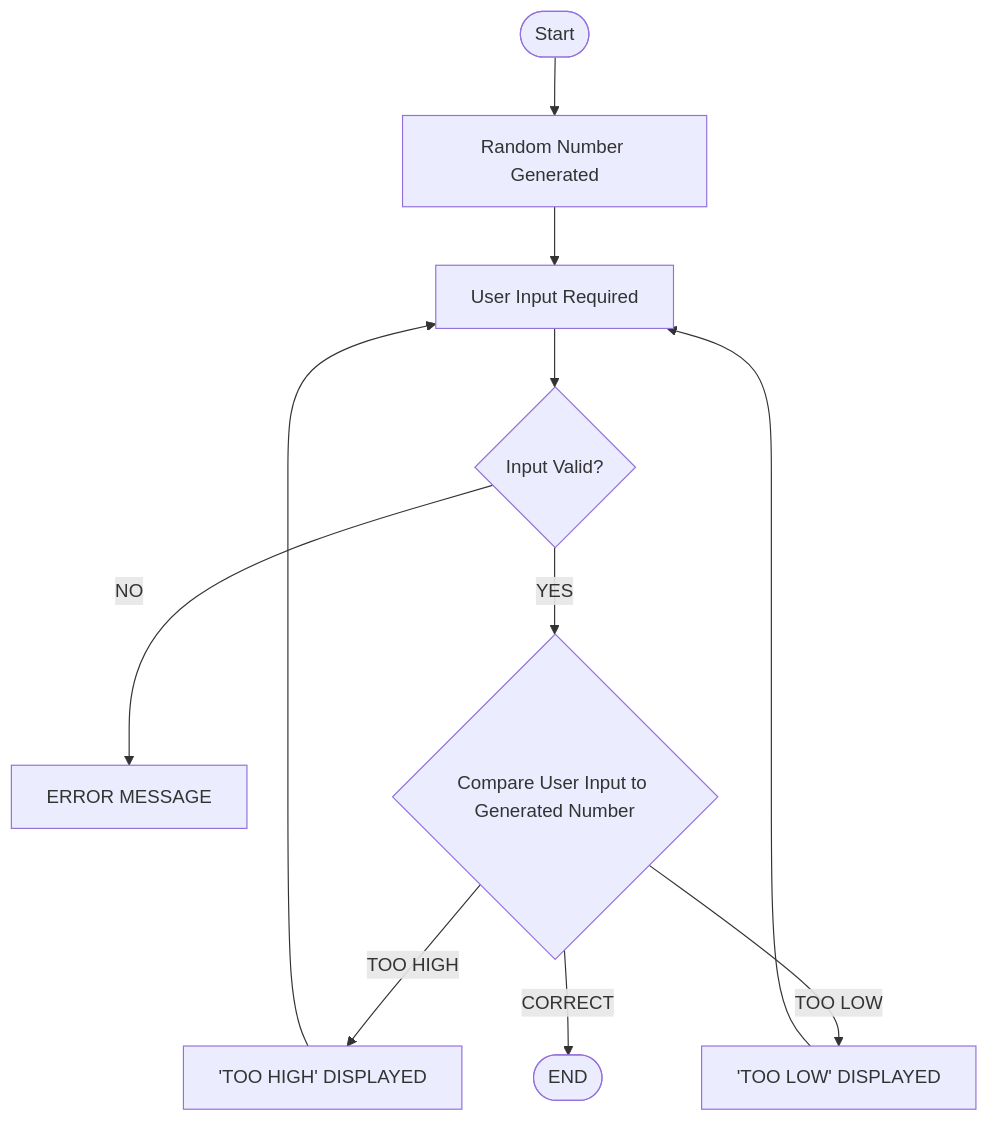
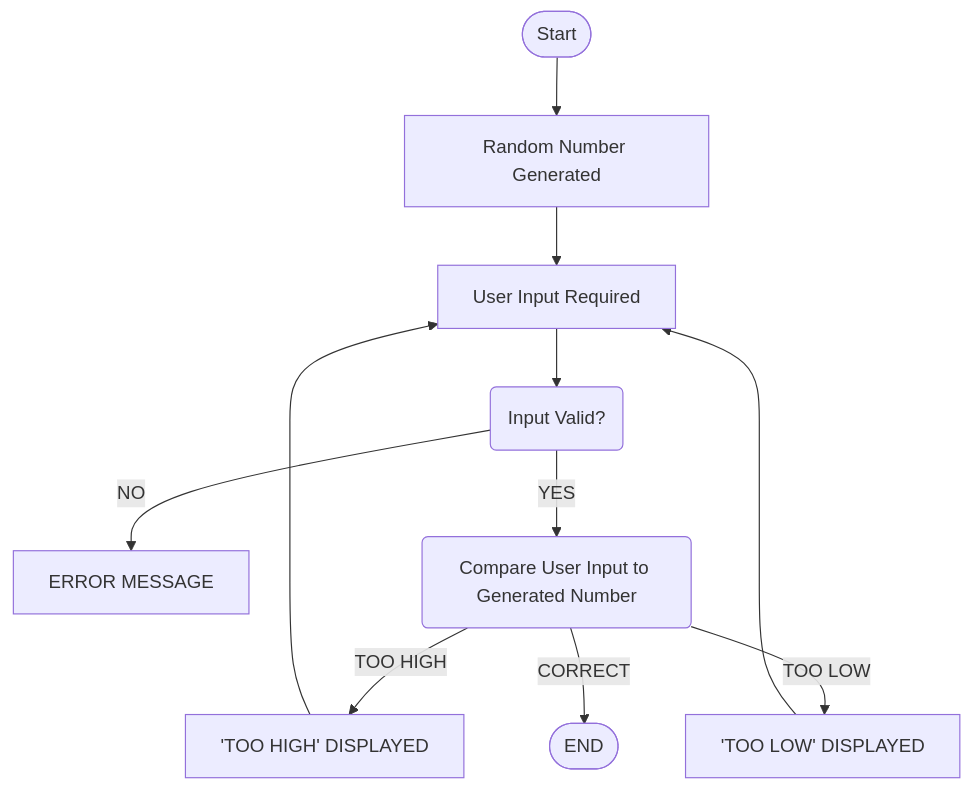
Before and after one commit to dhill5/dhill5.github.io: the diagram in Guessing.md, drawn with Mermaid.

Commit message:
Playing with Shapes
Practicing different shapes for the graph

````diff
--- a/Guessing.md
+++ b/Guessing.md
@@ -1,13 +1,13 @@
 ```mermaid
 flowchart TD
 A([Start])--> B[Random Number Generated]
 B --> C[User Input Required]
-C --> D{Input Valid?}
+C --> D(Input Valid?)
 D --> |NO| E[ERROR MESSAGE]
-D --> |YES| F{Compare User Input to Generated Number}
+D --> |YES| F(Compare User Input to Generated Number)
 F --> |TOO HIGH| G['TOO HIGH' DISPLAYED]
 G --> C
 F --> |TOO LOW| H['TOO LOW' DISPLAYED]
 H --> C
 F --> |CORRECT| I([END])
 ```
````
